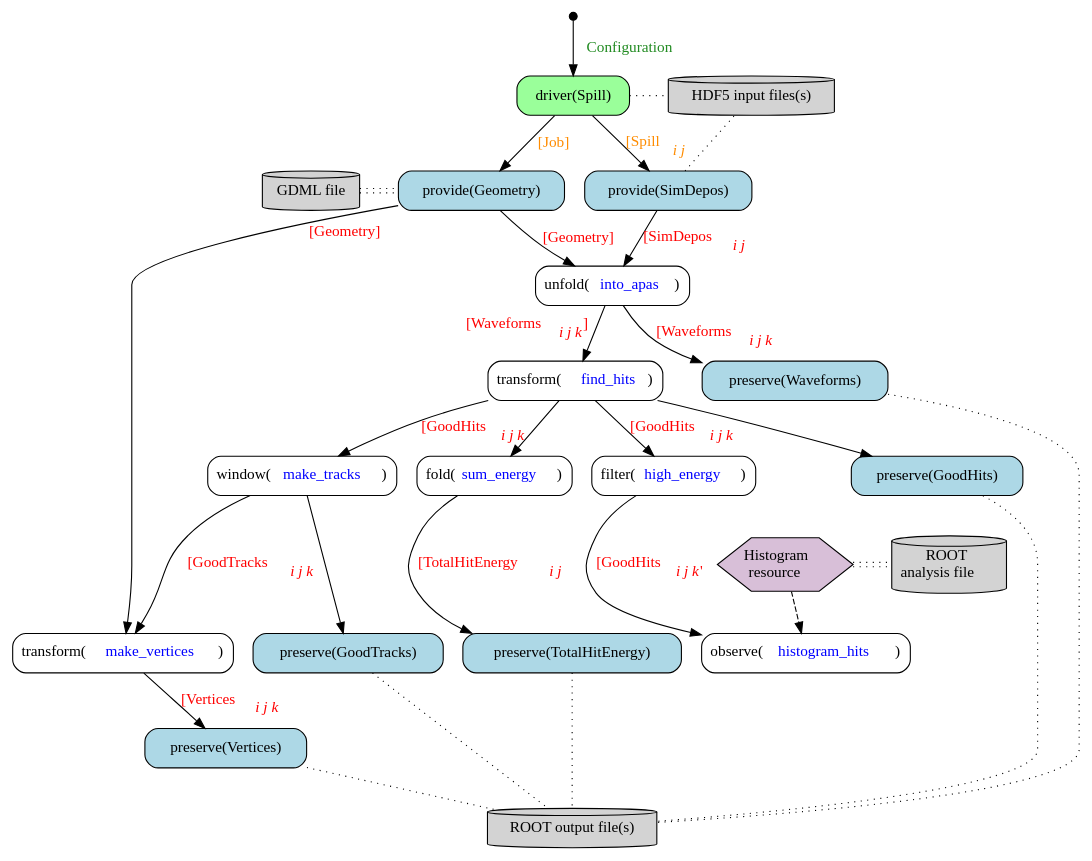
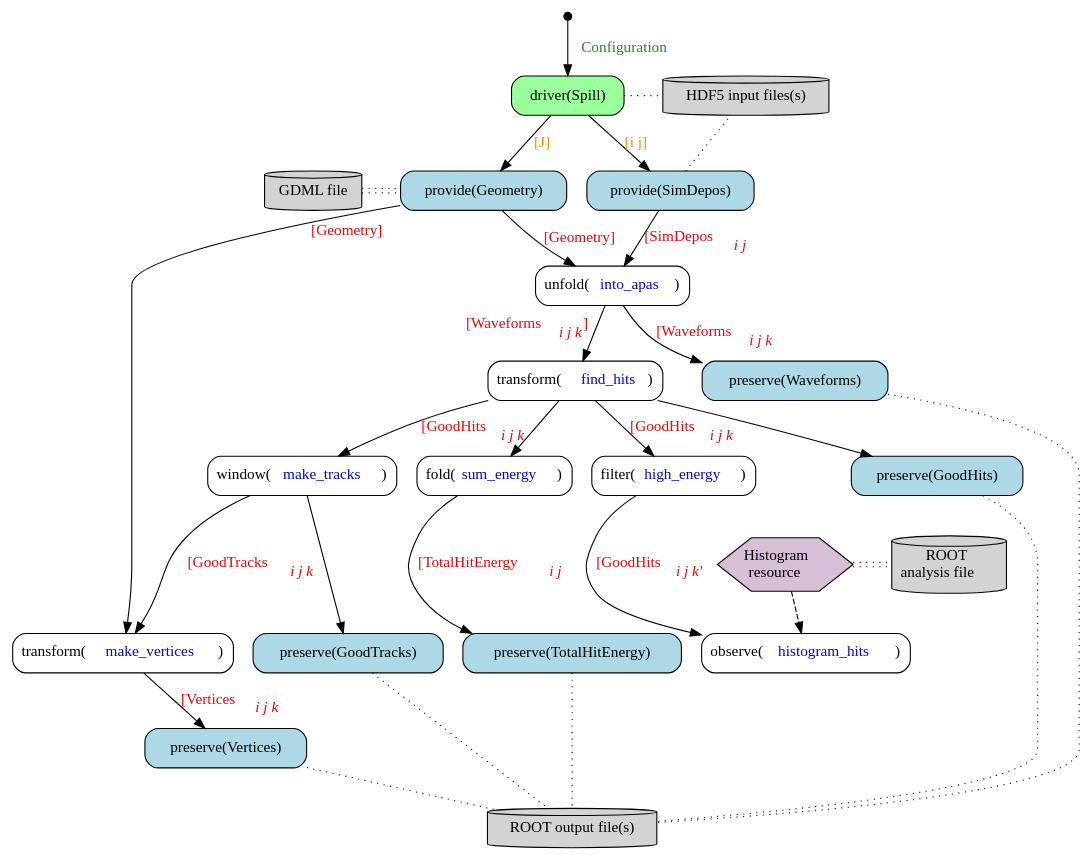
Before and after one commit to Framework-R-D/phlex-design: the diagram in doc/work-flow.gv, drawn with Graphviz. The commit also changed 2 other files, not shown here.

```diff
--- a/doc/work-flow.gv
+++ b/doc/work-flow.gv
@@ -1,86 +1,86 @@
 digraph {
   node [shape="box", style="rounded"]
   edge [fontcolor="red"];
 
   start [shape="point", width=0.1];
   unfold_into_apas [label=<unfold(<font color="blue">into_apas</font>)>];
   transform_find_hits [label=<transform(<font color="blue">find_hits</font>)>];
   filter_high_energy [label=<filter(<font color="blue">high_energy</font>)>];
   window_make_tracks [label=<window(<font color="blue">make_tracks</font>)>];
   out [label="ROOT output file(s)", shape="cylinder", style="filled", fillcolor="lightgray"];
 
   observe_histogram_hits [label=<observe(<font color="blue">histogram_hits</font>)>];
   transform_make_vertices [label=<transform(<font color="blue">make_vertices</font>)>];
   fold_total_energy [label=<fold(<font color="blue">sum_energy</font>)>];
 
   // Histogram resource
   resource [label=<Histogram<br/> resource>,
             shape=hexagon,
             style=filled,
             fillcolor=thistle,
             margin=0];
   root [label=<ROOT<br/> analysis file>, style=filled, shape=cylinder];
 
   gdml [label="GDML file", shape="cylinder", style="filled", fillcolor="lightgray"]
   driver [label="driver(Spill)", style="rounded,filled",fillcolor="palegreen1"];
   input [label="HDF5 input files(s)", shape="cylinder", style="filled", fillcolor="lightgray"];
 
   // Providers
   geometry_provider [label="provide(Geometry)", style="filled,rounded", fillcolor="lightblue"];
   sim_depos_provider [label="provide(SimDepos)", style="filled,rounded" fillcolor="lightblue"];
 
   // preservers
   waveforms_preserver [label="preserve(Waveforms)", style="filled,rounded", fillcolor="lightblue"];
   total_energy_preserver [label="preserve(TotalHitEnergy)", style="filled,rounded", fillcolor="lightblue"];
   tracks_preserver [label="preserve(GoodTracks)", style="filled,rounded", fillcolor="lightblue"];
   vertices_preserver [label="preserve(Vertices)", style="filled,rounded", fillcolor="lightblue"];
   hits_preserver [label="preserve(GoodHits)", style="filled,rounded" fillcolor="lightblue"];
 
   start -> driver [label=" Configuration", fontcolor="forestgreen"];
   driver -> input [style="dotted", arrowhead=none];
-  driver -> geometry_provider [label=" [Job]", fontcolor="darkorange"];
-  driver -> sim_depos_provider [label=< [Spill<sub><i>i j</i></sub>]>, fontcolor="darkorange"];
+  driver -> geometry_provider [label=" [J]", fontcolor="darkorange"];
+  driver -> sim_depos_provider [label=< [i j]>, fontcolor="darkorange"];
 
   gdml -> geometry_provider [arrowhead=none, style="dotted", color="black:invis:black"];
   resource -> root [arrowhead=none, style="dotted", color="black:invis:black"];
 
   sim_depos_provider -> input [style="dotted", arrowhead=none];
   sim_depos_provider -> unfold_into_apas [label=< [SimDepos<sub><i>i j</i></sub>]>];
 
   geometry_provider -> unfold_into_apas [label=<[Geometry]>];
   geometry_provider -> transform_make_vertices [taillabel=<[Geometry]>, labeldistance=4.7, labelangle=20];
 
   unfold_into_apas -> transform_find_hits [xlabel=<[Waveforms<sub><i>i j k</i></sub>] >];
   unfold_into_apas -> waveforms_preserver [label=<[Waveforms<sub><i>i j k</i></sub>]>];
 
   transform_find_hits -> filter_high_energy [label=<[GoodHits<sub><i>i j k</i></sub>]>];
   transform_find_hits -> hits_preserver;
   transform_find_hits -> window_make_tracks [label=<[GoodHits<sub><i>i j k</i></sub>]>];
   transform_find_hits -> fold_total_energy;
 
   window_make_tracks -> transform_make_vertices [label=< [GoodTracks<sub><i>i j k</i></sub>]>];
   window_make_tracks -> tracks_preserver;
 
   transform_make_vertices -> vertices_preserver [label=< [Vertices<sub><i>i j k</i></sub>]>];
 
   fold_total_energy -> total_energy_preserver [label=< [TotalHitEnergy<sub><i>i j</i></sub>]>];
 
   filter_high_energy -> observe_histogram_hits [label=<[GoodHits<sub><i>i j k</i> '</sub>]>];
 
   resource -> observe_histogram_hits [style="dashed"];
 
   { total_energy_preserver, waveforms_preserver, hits_preserver, tracks_preserver, vertices_preserver } -> out [style="dotted", arrowhead=none]
 
   // Making the graph layout better
   { rank=same; driver; input; }
   { rank=same; resource; root; }
   { rank=same; gdml; geometry_provider; sim_depos_provider; }
   { rank=same; window_make_tracks; hits_preserver; fold_total_energy; filter_high_energy; }
   { rank=same; transform_make_vertices; observe_histogram_hits; tracks_preserver; total_energy_preserver; }
 
   // The following edges do not denote any formal relationships; they are intended for influencing the layout.
   edge [style="invis"]
   input -> waveforms_preserver;
   filter_high_energy -> resource;
   transform_find_hits -> waveforms_preserver [constraint="false"];
 }
```
